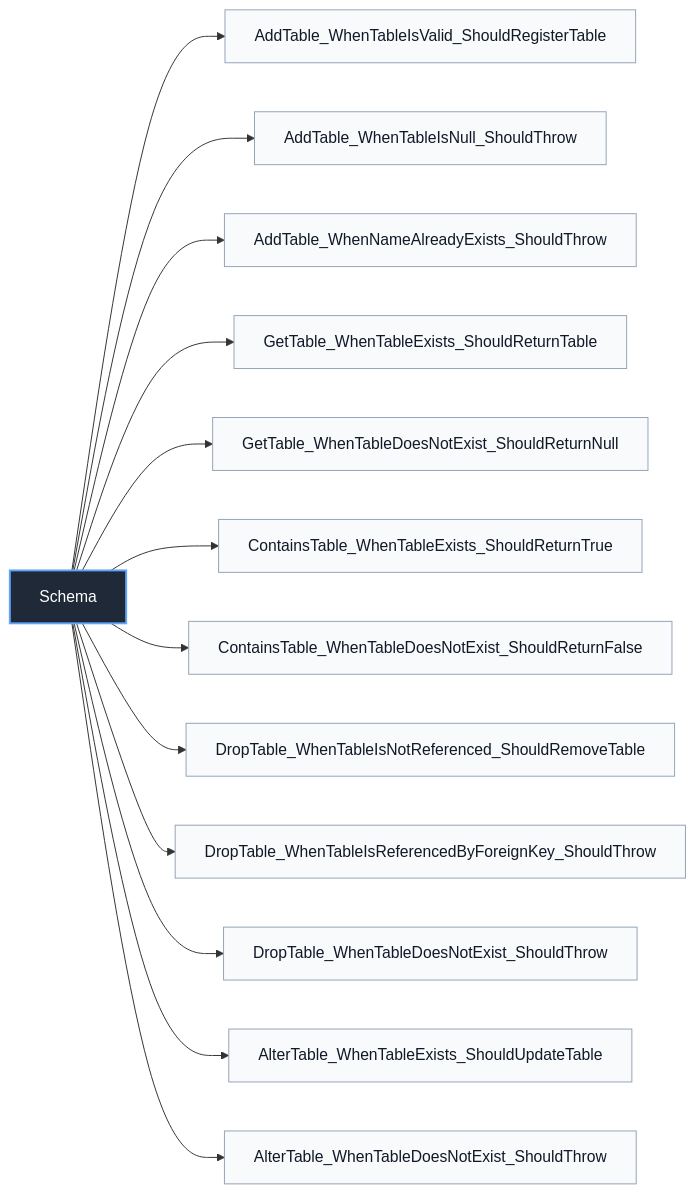
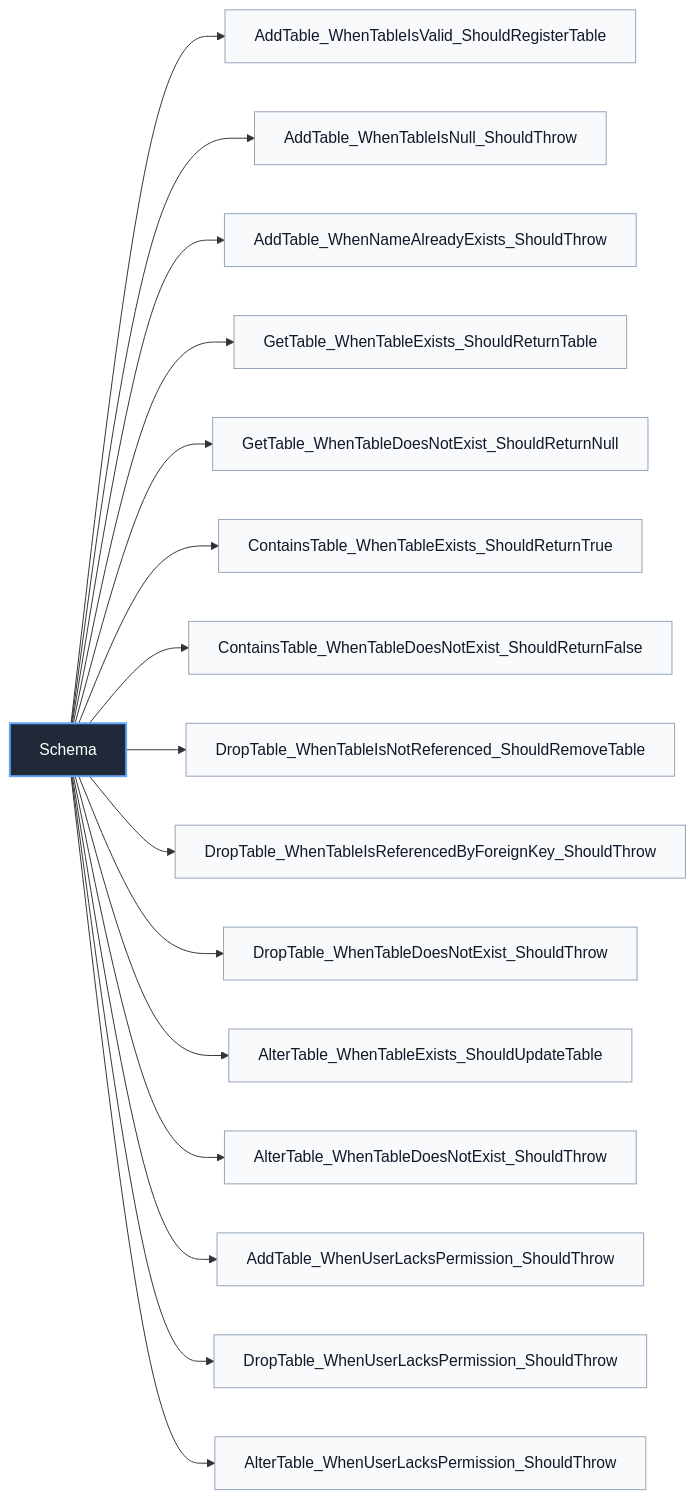
One commit to manaxpow/DBMS changed diagram 17 of 50 in README.md. Above: the diagram before and after it, drawn with Mermaid. The commit also changed other lines of this file and 1 other file, not shown here.

Commit message:
Add unit test implement plan

````diff
--- a/README.md
+++ b/README.md
@@ -718,22 +725,26 @@
 ```mermaid
 flowchart LR
     Database_Objects_Schema["Schema"]
 
     Database_Objects_Schema --> Database_Objects_Schema_T1["AddTable_WhenTableIsValid_ShouldRegisterTable"]
     Database_Objects_Schema --> Database_Objects_Schema_T2["AddTable_WhenTableIsNull_ShouldThrow"]
     Database_Objects_Schema --> Database_Objects_Schema_T3["AddTable_WhenNameAlreadyExists_ShouldThrow"]
     Database_Objects_Schema --> Database_Objects_Schema_T4["GetTable_WhenTableExists_ShouldReturnTable"]
     Database_Objects_Schema --> Database_Objects_Schema_T5["GetTable_WhenTableDoesNotExist_ShouldReturnNull"]
     Database_Objects_Schema --> Database_Objects_Schema_T6["ContainsTable_WhenTableExists_ShouldReturnTrue"]
     Database_Objects_Schema --> Database_Objects_Schema_T7["ContainsTable_WhenTableDoesNotExist_ShouldReturnFalse"]
     Database_Objects_Schema --> Database_Objects_Schema_T8["DropTable_WhenTableIsNotReferenced_ShouldRemoveTable"]
     Database_Objects_Schema --> Database_Objects_Schema_T9["DropTable_WhenTableIsReferencedByForeignKey_ShouldThrow"]
     Database_Objects_Schema --> Database_Objects_Schema_T10["DropTable_WhenTableDoesNotExist_ShouldThrow"]
     Database_Objects_Schema --> Database_Objects_Schema_T11["AlterTable_WhenTableExists_ShouldUpdateTable"]
     Database_Objects_Schema --> Database_Objects_Schema_T12["AlterTable_WhenTableDoesNotExist_ShouldThrow"]
 
+    Database_Objects_Schema --> Database_Objects_Schema_T13["AddTable_WhenUserLacksPermission_ShouldThrow"]
+    Database_Objects_Schema --> Database_Objects_Schema_T14["DropTable_WhenUserLacksPermission_ShouldThrow"]
+    Database_Objects_Schema --> Database_Objects_Schema_T15["AlterTable_WhenUserLacksPermission_ShouldThrow"]
+
     classDef classNode fill:#1f2937,stroke:#60a5fa,color:#ffffff,stroke-width:2px
     classDef testNode fill:#f8fafc,stroke:#94a3b8,color:#111827
     class Database_Objects_Schema classNode
-    class Database_Objects_Schema_T1,Database_Objects_Schema_T2,Database_Objects_Schema_T3,Database_Objects_Schema_T4,Database_Objects_Schema_T5,Database_Objects_Schema_T6,Database_Objects_Schema_T7,Database_Objects_Schema_T8,Database_Objects_Schema_T9,Database_Objects_Schema_T10,Database_Objects_Schema_T11,Database_Objects_Schema_T12 testNode
+    class Database_Objects_Schema_T1,Database_Objects_Schema_T2,Database_Objects_Schema_T3,Database_Objects_Schema_T4,Database_Objects_Schema_T5,Database_Objects_Schema_T6,Database_Objects_Schema_T7,Database_Objects_Schema_T8,Database_Objects_Schema_T9,Database_Objects_Schema_T10,Database_Objects_Schema_T11,Database_Objects_Schema_T12,Database_Objects_Schema_T13,Database_Objects_Schema_T14,Database_Objects_Schema_T15 testNode
 ```
````
